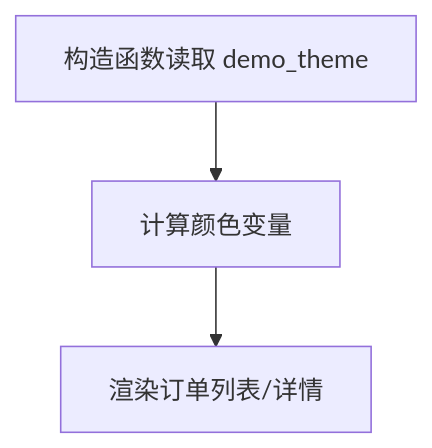
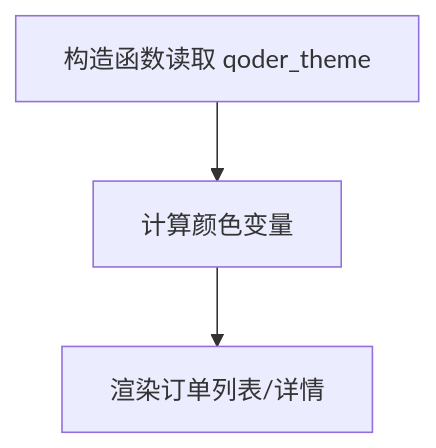
One commit to haohailiang/qoder-fullstack changed the sixth of 8 diagrams in .qoder/repowiki/zh/content/核心功能实现/全局主题切换系统.md. Above: the diagram before and after it, drawn with Mermaid. The commit also changed other lines of this file and 45 other files, not shown here.

````diff
--- a/.qoder/repowiki/zh/content/核心功能实现/全局主题切换系统.md
+++ b/.qoder/repowiki/zh/content/核心功能实现/全局主题切换系统.md
@@ -229,5 +229,5 @@
 ```mermaid
 flowchart TD
-Ctor["构造函数读取 demo_theme"] --> Compute["计算颜色变量"]
+Ctor["构造函数读取 qoder_theme"] --> Compute["计算颜色变量"]
 Compute --> Render["渲染订单列表/详情"]
 ```
````
